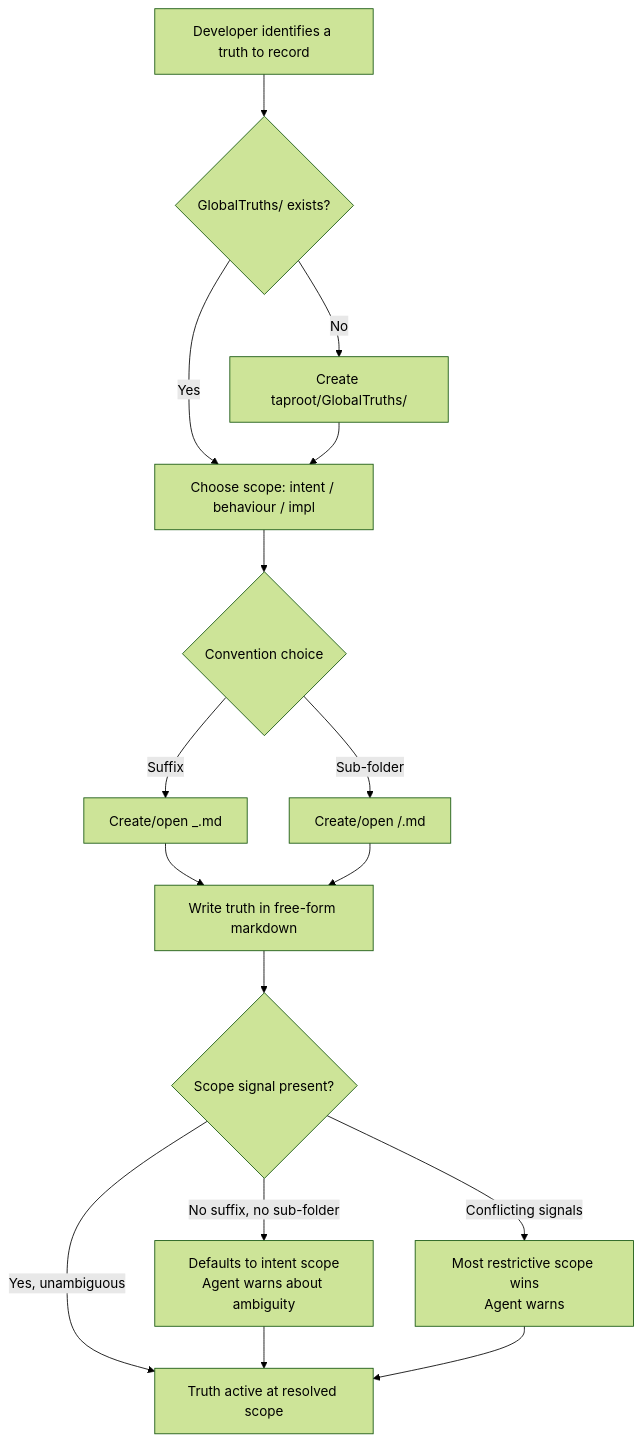
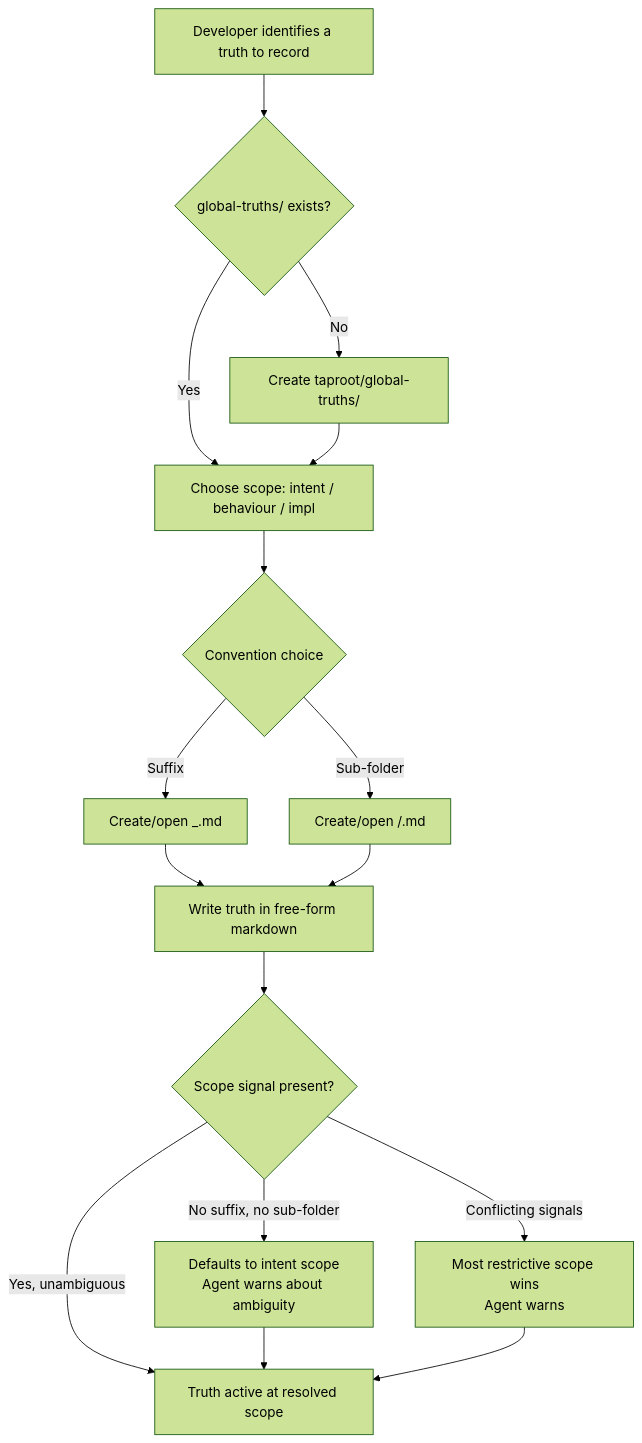
Before and after one commit to imix/taproot: the diagram in taproot/global-truths/define-truth/usecase.md, drawn with Mermaid (forest theme). The commit also changed other lines of this file and 2 other files, not shown here.

Commit message:
taproot(global-truths): rename GlobalTruths/ to global-truths/ in all specs

````diff
--- a/taproot/global-truths/define-truth/usecase.md
+++ b/taproot/global-truths/define-truth/usecase.md
@@ -68,18 +68,18 @@
 ```mermaid
 flowchart TD
-    A[Developer identifies a truth to record] --> B{GlobalTruths/ exists?}
-    B -->|No| C[Create taproot/GlobalTruths/]
+    A[Developer identifies a truth to record] --> B{global-truths/ exists?}
+    B -->|No| C[Create taproot/global-truths/]
     B -->|Yes| D[Choose scope: intent / behaviour / impl]
     C --> D
     D --> E{Convention choice}
     E -->|Suffix| F["Create/open <name>_<scope>.md"]
     E -->|Sub-folder| G["Create/open <scope>/<name>.md"]
     F --> H[Write truth in free-form markdown]
     G --> H
     H --> I{Scope signal present?}
     I -->|Yes, unambiguous| J[Truth active at resolved scope]
     I -->|No suffix, no sub-folder| K[Defaults to intent scope\nAgent warns about ambiguity]
     I -->|Conflicting signals| L[Most restrictive scope wins\nAgent warns]
     K --> J
     L --> J
 ```
````
